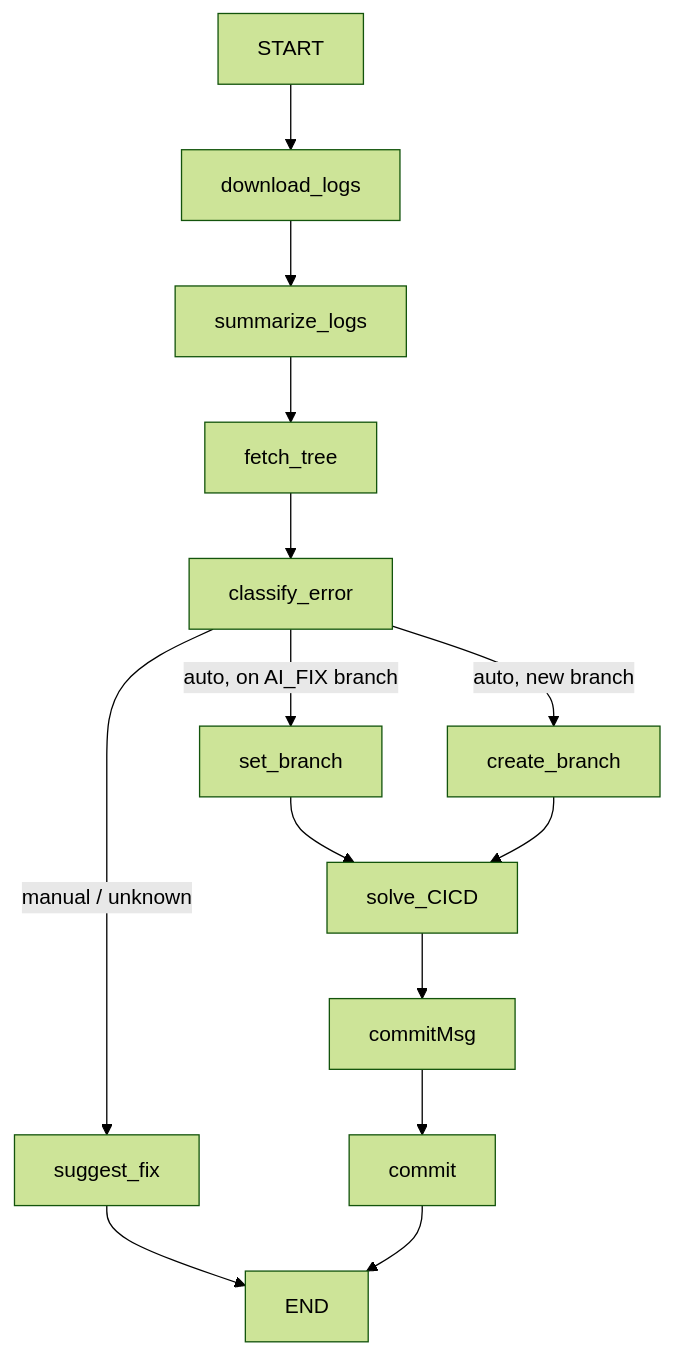
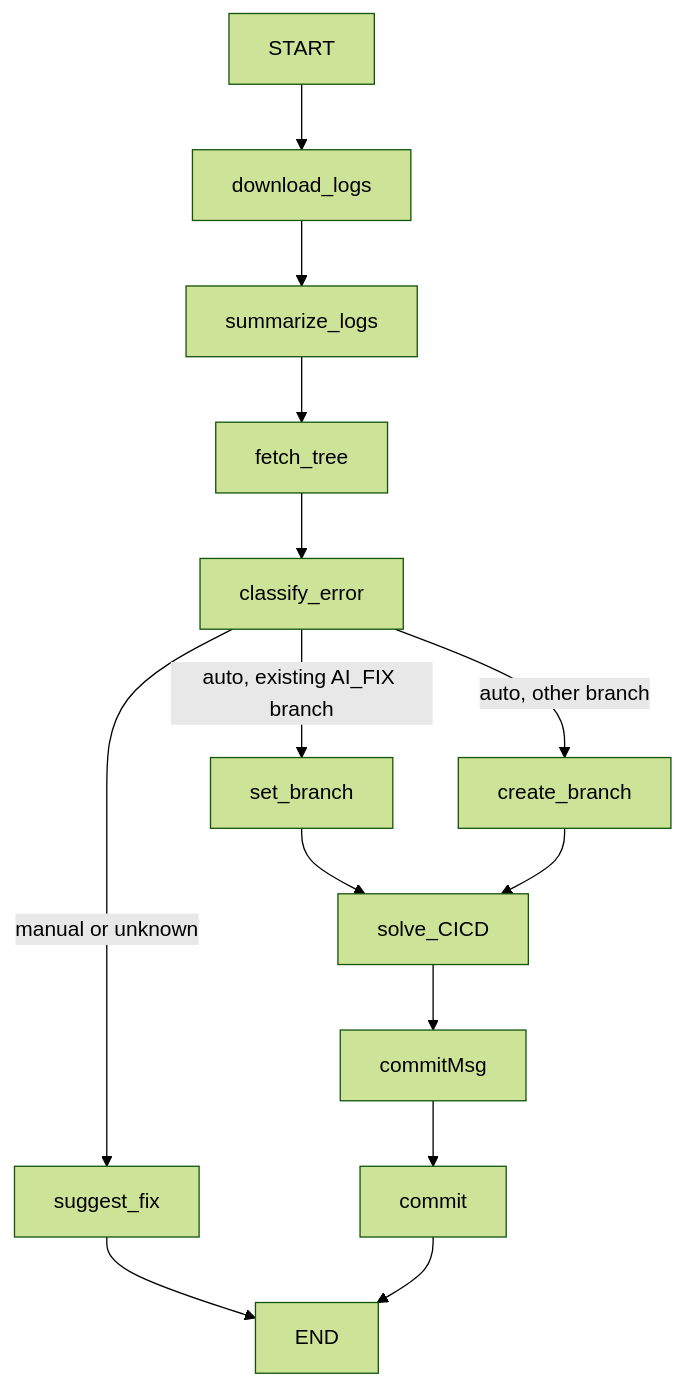
The diagram in Self-Healing-CI-CD-Pipeline/readme.md (harit-adesara/Self-Healing-CI-CD-BharatCode), drawn with Mermaid (forest theme) before and after one commit. The commit also changed other lines of this file, not shown here.

````diff
--- a/Self-Healing-CI-CD-Pipeline/readme.md
+++ b/Self-Healing-CI-CD-Pipeline/readme.md
@@ -63,11 +31,16 @@
 ```mermaid
 flowchart TD
     START --> download_logs
     download_logs --> summarize_logs
     summarize_logs --> fetch_tree
     fetch_tree --> classify_error
-    classify_error -->|manual / unknown| suggest_fix --> END
-    classify_error -->|auto, on AI_FIX branch| set_branch --> solve_CICD
-    classify_error -->|auto, new branch| create_branch --> solve_CICD
-    solve_CICD --> commitMsg --> commit --> END
+    classify_error -->|manual or unknown| suggest_fix
+    suggest_fix --> END
+    classify_error -->|auto, existing AI_FIX branch| set_branch
+    classify_error -->|auto, other branch| create_branch
+    set_branch --> solve_CICD
+    create_branch --> solve_CICD
+    solve_CICD --> commitMsg
+    commitMsg --> commit
+    commit --> END
 ```
````
